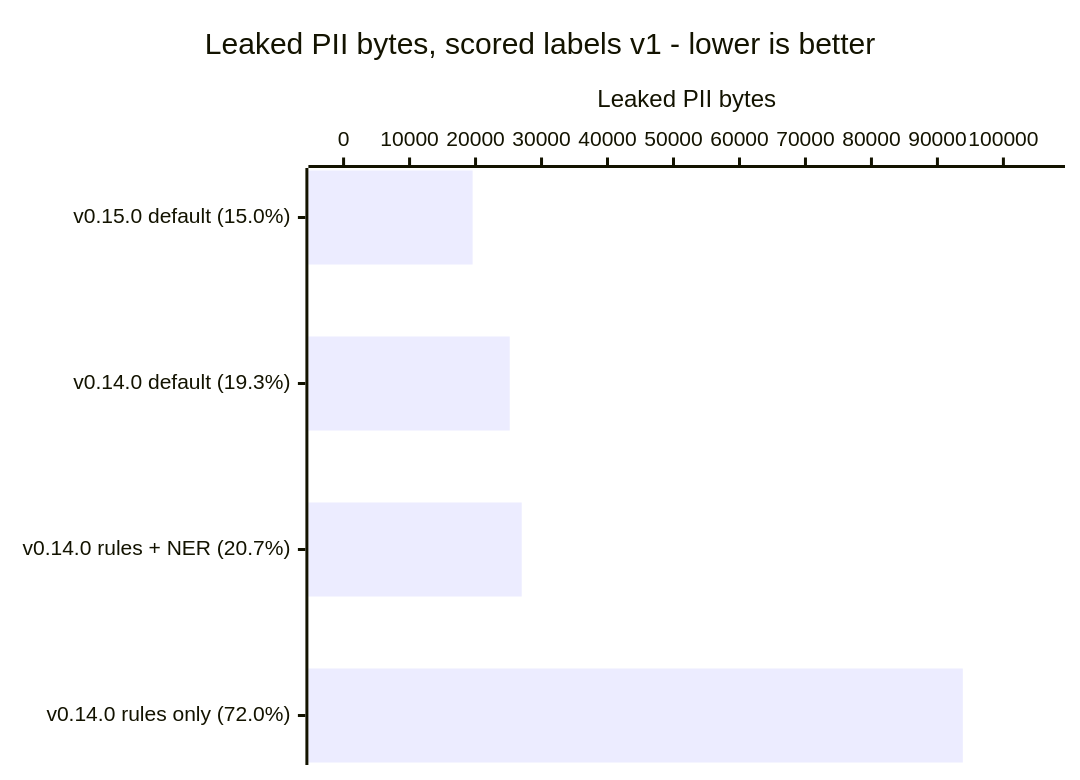
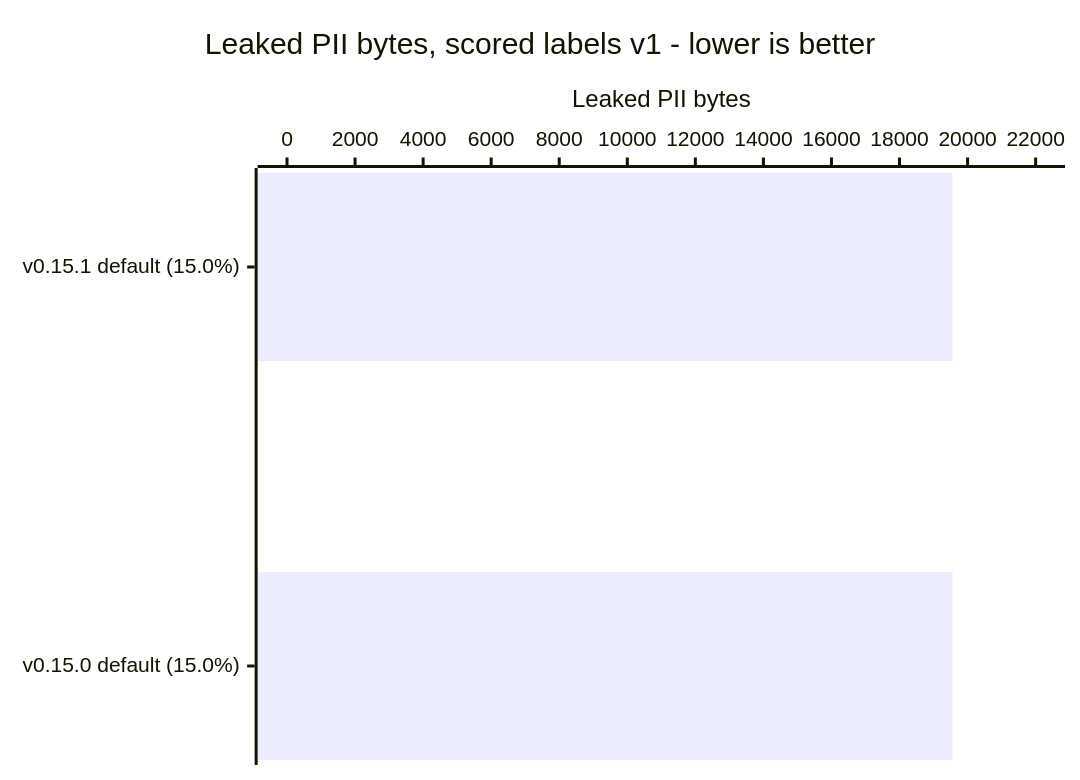
The diagram in README.md (CertaMesh/gaze), drawn with Mermaid before and after one commit. The commit also changed other lines of this file and 39 other files, not shown here.

````diff
--- a/README.md
+++ b/README.md
@@ -34,7 +32,7 @@
 ```mermaid
 xychart-beta horizontal
     title "Leaked PII bytes, scored labels v1 - lower is better"
-    x-axis ["v0.15.0 default (15.0%)", "v0.14.0 default (19.3%)", "v0.14.0 rules + NER (20.7%)", "v0.14.0 rules only (72.0%)"]
-    y-axis "Leaked PII bytes" 0 --> 104000
-    bar [19556, 25179, 27000, 93850]
+    x-axis ["v0.15.1 default (15.0%)", "v0.15.0 default (15.0%)"]
+    y-axis "Leaked PII bytes" 0 --> 22000
+    bar [19556, 19556]
 ```
````
